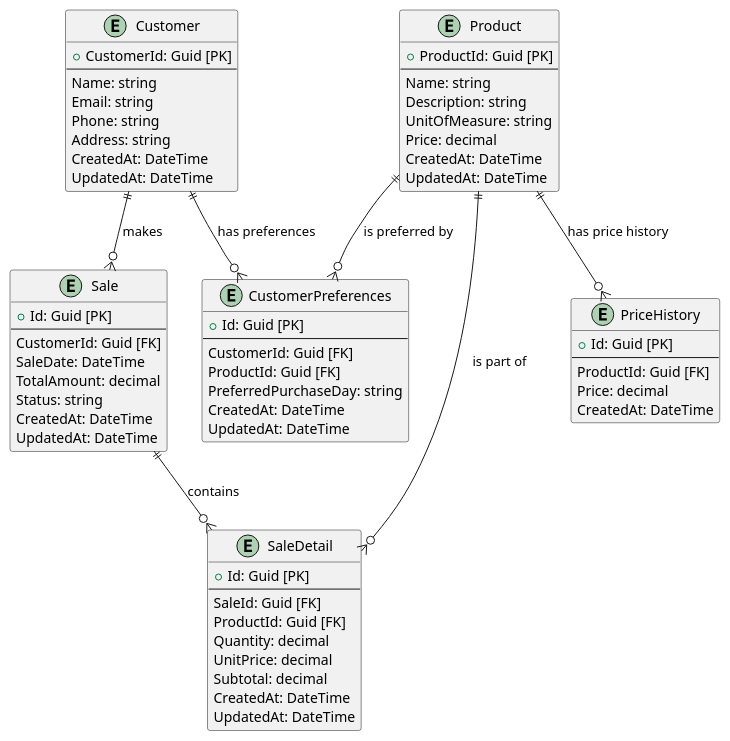
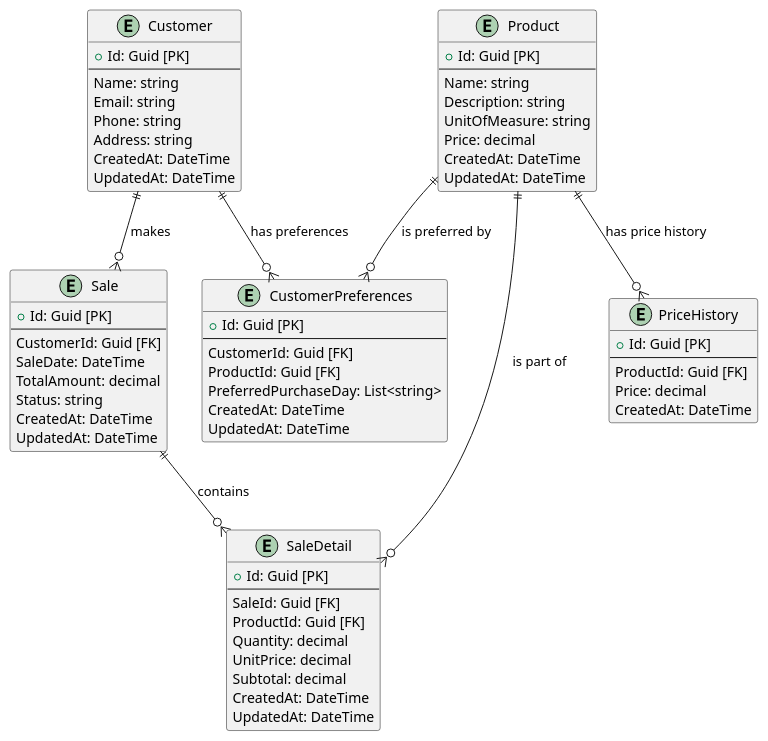
The diagram in src/project.puml (jorgezup/BizFlow), drawn with PlantUML before and after one commit. The commit also changed 13 other files, not shown here.

Commit message:
chore: price history flow

```diff
--- a/src/project.puml
+++ b/src/project.puml
@@ -1,71 +1,71 @@
 @startuml
 entity Customer {
-    + CustomerId: Guid [PK]
+    + Id: Guid [PK]
     --
     Name: string
     Email: string
     Phone: string
     Address: string
     CreatedAt: DateTime
     UpdatedAt: DateTime
 }
 
 entity Product {
-    + ProductId: Guid [PK]
+    + Id: Guid [PK]
     --
     Name: string
     Description: string
     UnitOfMeasure: string
     Price: decimal
     CreatedAt: DateTime
     UpdatedAt: DateTime
 }
 
 entity Sale {
     + Id: Guid [PK]
     --
     CustomerId: Guid [FK]
     SaleDate: DateTime
     TotalAmount: decimal
     Status: string
     CreatedAt: DateTime
     UpdatedAt: DateTime
 }
 
 entity SaleDetail {
     + Id: Guid [PK]
     --
     SaleId: Guid [FK]
     ProductId: Guid [FK]
     Quantity: decimal
     UnitPrice: decimal
     Subtotal: decimal
     CreatedAt: DateTime
     UpdatedAt: DateTime
 }
 
 entity PriceHistory {
     + Id: Guid [PK]
     --
     ProductId: Guid [FK]
     Price: decimal
     CreatedAt: DateTime
 }
 
 entity CustomerPreferences {
     + Id: Guid [PK]
     --
     CustomerId: Guid [FK]
     ProductId: Guid [FK]
-    PreferredPurchaseDay: string
+    PreferredPurchaseDay: List<string>
     CreatedAt: DateTime
     UpdatedAt: DateTime
 }
 
 Customer ||--o{ Sale : "makes"
 Sale ||--o{ SaleDetail : "contains"
 Product ||--o{ SaleDetail : "is part of"
 Product ||--o{ PriceHistory : "has price history"
 Customer ||--o{ CustomerPreferences : "has preferences"
 Product ||--o{ CustomerPreferences : "is preferred by"
 @enduml
```
